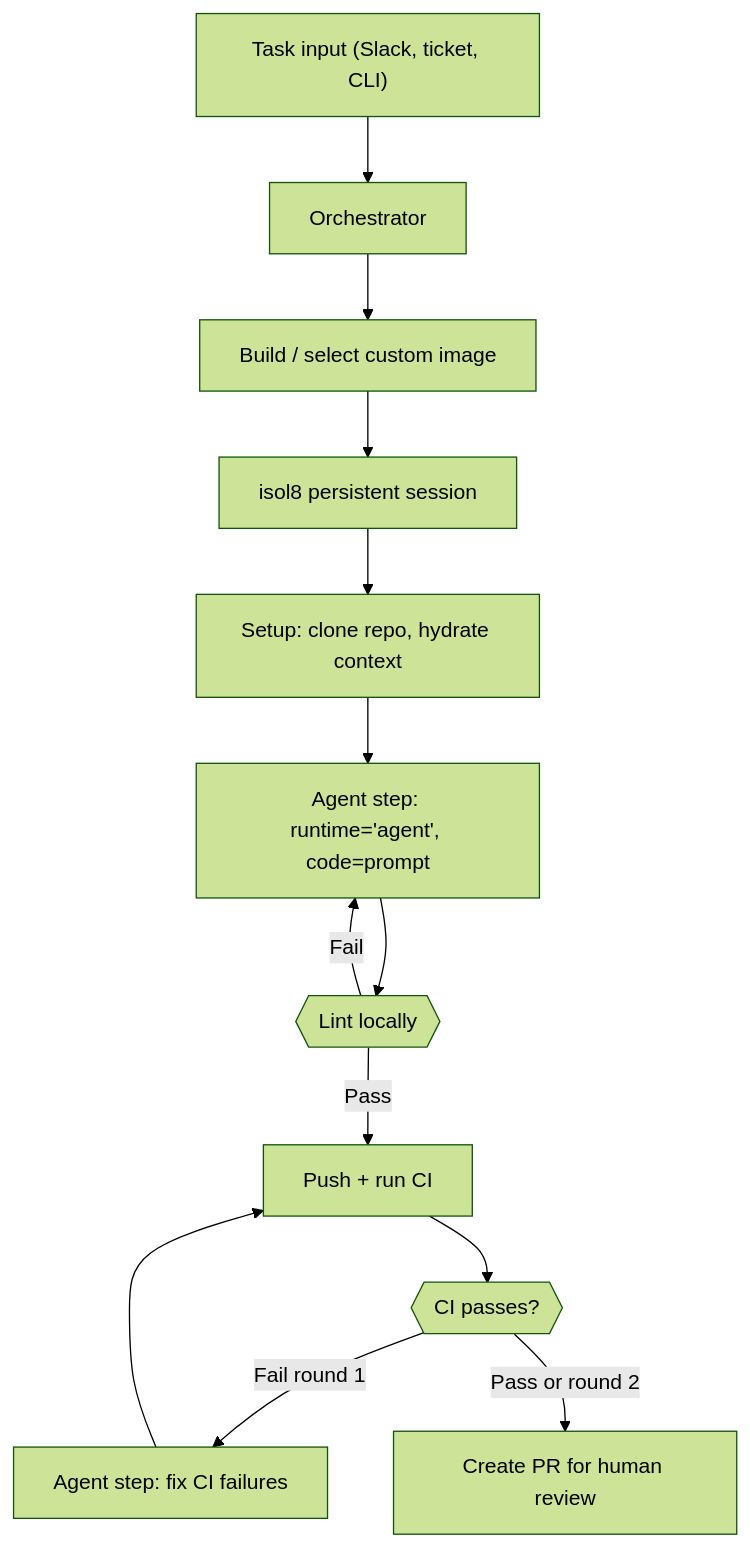
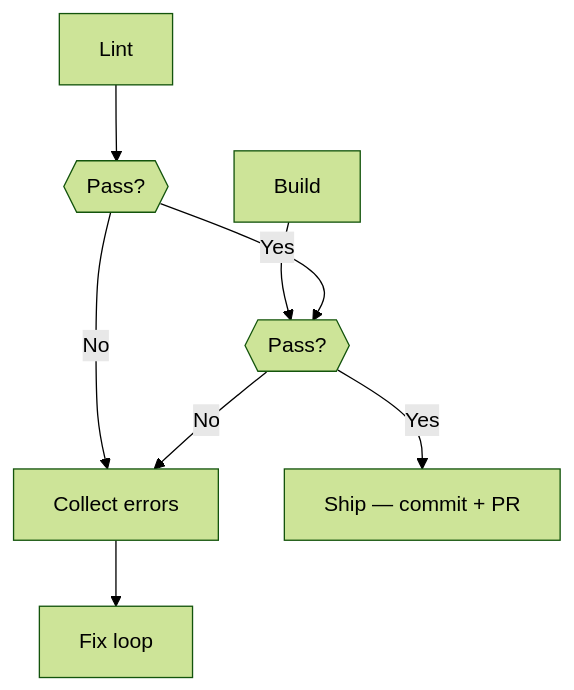
One commit to Illusion47586/isol8 changed the third of 3 diagrams in apps/docs/guides/one-shot-coding-agents.mdx. Above: the diagram before and after it, drawn with Mermaid (forest theme). The commit also changed other lines of this file and 16 other files, not shown here.

````diff
--- a/apps/docs/guides/one-shot-coding-agents.mdx
+++ b/apps/docs/guides/one-shot-coding-agents.mdx
@@ -20,15 +189,10 @@
 ```mermaid
 flowchart TD
-  A["Task input (Slack, ticket, CLI)"] --> B["Orchestrator"]
-  B --> C["Build / select custom image"]
-  C --> D["isol8 persistent session"]
-  D --> E["Setup: clone repo, hydrate context"]
-  E --> F["Agent step: runtime='agent', code=prompt"]
-  F --> G{{"Lint locally"}}
-  G -->|Fail| F
-  G -->|Pass| H["Push + run CI"]
-  H --> I{{"CI passes?"}}
-  I -->|Fail round 1| J["Agent step: fix CI failures"]
-  J --> H
-  I -->|Pass or round 2| K["Create PR for human review"]
+  Lint["Lint"] --> LintCheck{{"Pass?"}}
+  Build["Build"] --> BuildCheck{{"Pass?"}}
+  LintCheck -->|Yes| BuildCheck
+  LintCheck -->|No| CollectErrors["Collect errors"]
+  BuildCheck -->|No| CollectErrors
+  BuildCheck -->|Yes| Ship["Ship — commit + PR"]
+  CollectErrors --> FixLoop["Fix loop"]
 ```
````
